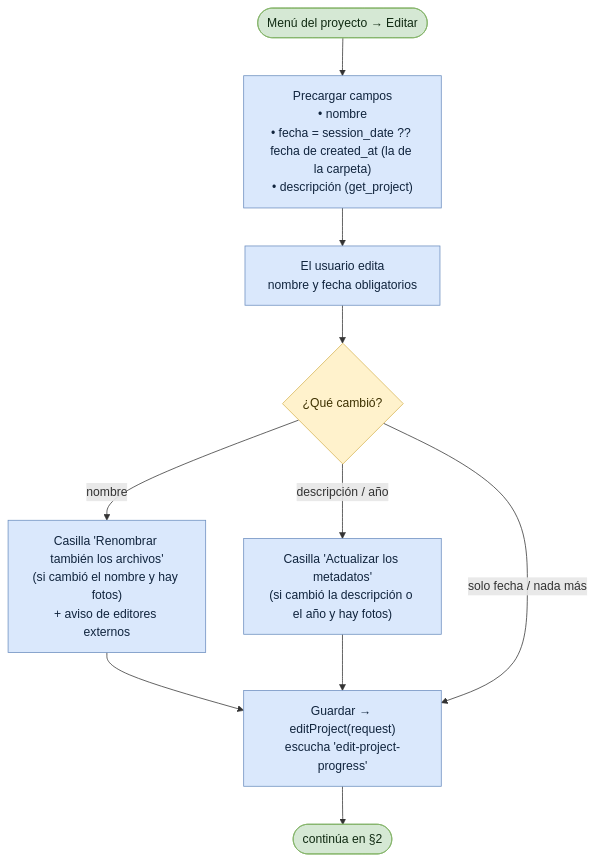
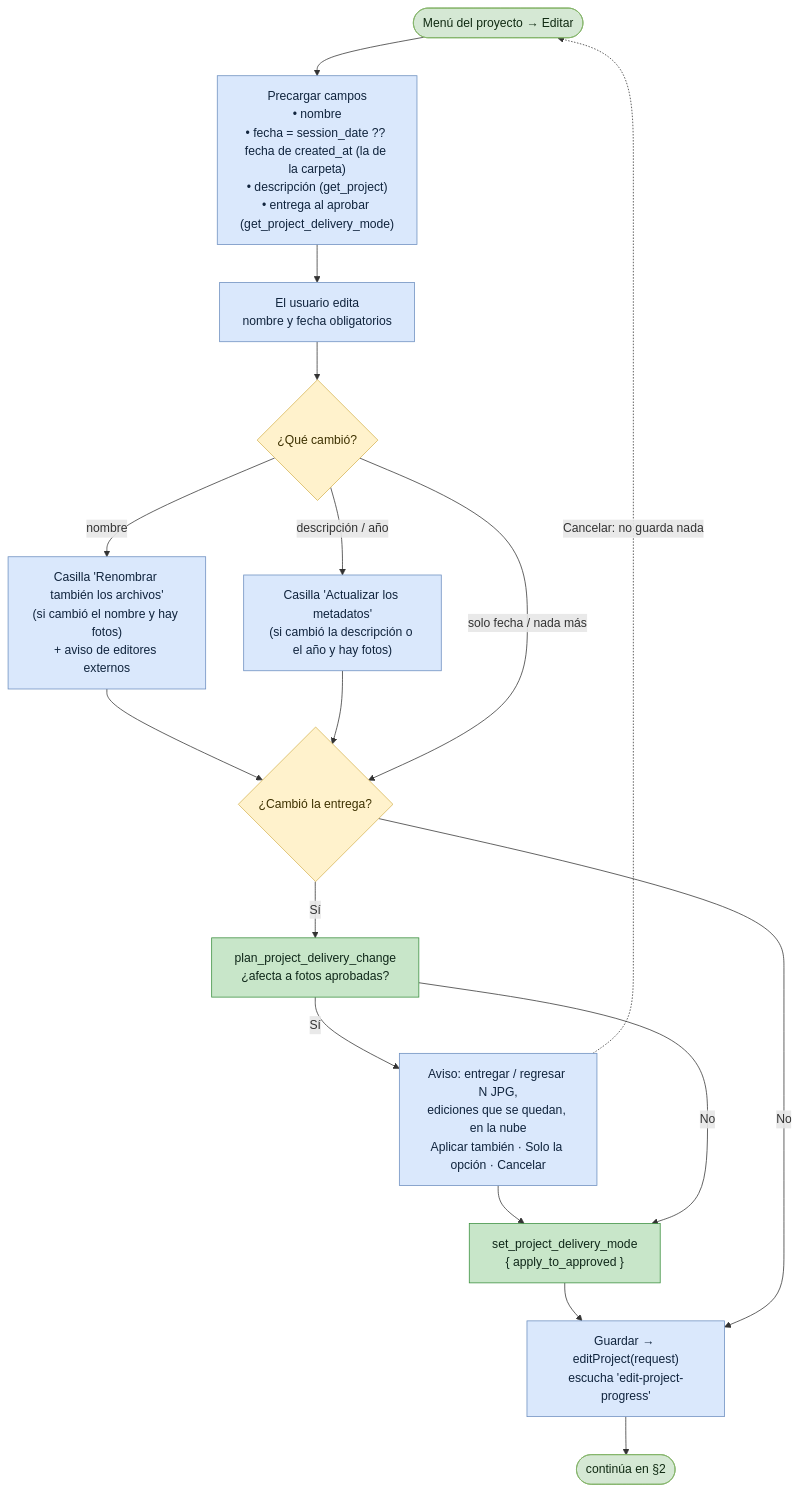
One commit to everitosan/lumik changed the second of 3 diagrams in docs/useCases/flujo-editar-proyecto.md. Above: the diagram before and after it, drawn with Mermaid. The commit also changed other lines of this file and 75 other files, not shown here.

First line of the commit message:
feat(desktop): pares RAW+JPEG y entrega del JPG de cámara

````diff
--- a/docs/useCases/flujo-editar-proyecto.md
+++ b/docs/useCases/flujo-editar-proyecto.md
@@ -37,24 +42,36 @@
 ```mermaid
 flowchart TD
     open(["Menú del proyecto → Editar"])
-    load["Precargar campos<br/>• nombre<br/>• fecha = session_date ?? fecha de created_at (la de la carpeta)<br/>• descripción (get_project)"]
+    load["Precargar campos<br/>• nombre<br/>• fecha = session_date ?? fecha de created_at (la de la carpeta)<br/>• descripción (get_project)<br/>• entrega al aprobar (get_project_delivery_mode)"]
     edit["El usuario edita<br/>nombre y fecha obligatorios"]
     chk{"¿Qué cambió?"}
     cb1["Casilla 'Renombrar también los archivos'<br/>(si cambió el nombre y hay fotos)<br/>+ aviso de editores externos"]
     cb2["Casilla 'Actualizar los metadatos'<br/>(si cambió la descripción o el año y hay fotos)"]
     save["Guardar → editProject(request)<br/>escucha 'edit-project-progress'"]
+    delivery{"¿Cambió la entrega?"}
+    plan["plan_project_delivery_change<br/>¿afecta a fotos aprobadas?"]
+    notice["Aviso: entregar / regresar N JPG,<br/>ediciones que se quedan, en la nube<br/>Aplicar también · Solo la opción · Cancelar"]
+    setmode["set_project_delivery_mode<br/>{ apply_to_approved }"]
     next(["continúa en §2"])
 
     open --> load --> edit --> chk
-    chk -->|nombre| cb1 --> save
-    chk -->|descripción / año| cb2 --> save
-    chk -->|solo fecha / nada más| save
+    chk -->|nombre| cb1 --> delivery
+    chk -->|descripción / año| cb2 --> delivery
+    chk -->|solo fecha / nada más| delivery
+    delivery -->|Sí| plan
+    plan -->|Sí| notice --> setmode
+    plan -->|No| setmode
+    notice -.->|Cancelar: no guarda nada| open
+    setmode --> save
+    delivery -->|No| save
     save --> next
 
     classDef term fill:#d5e8d4,stroke:#82b366,color:#102a12
     classDef ui fill:#dae8fc,stroke:#6c8ebf,color:#10243d
     classDef dec fill:#fff2cc,stroke:#d6b656,color:#3d3100
+    classDef ipc fill:#c8e6c9,stroke:#388e3c,color:#10281a
     class open,next term
-    class load,edit,cb1,cb2,save ui
-    class chk dec
+    class load,edit,cb1,cb2,save,notice ui
+    class plan,setmode ipc
+    class chk,delivery dec
 ```
````
